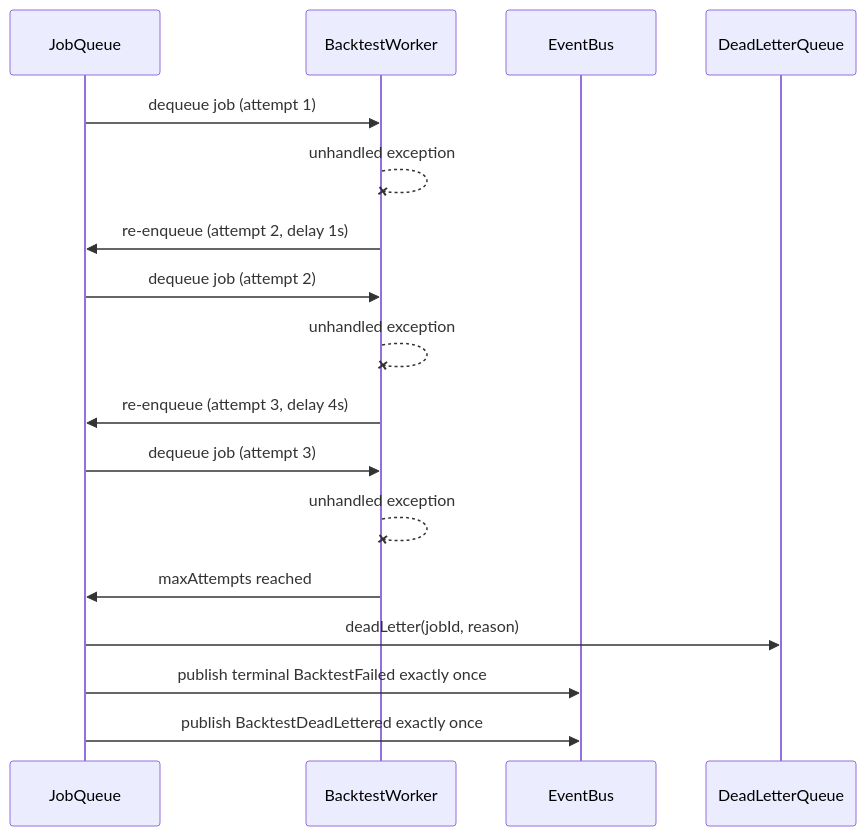
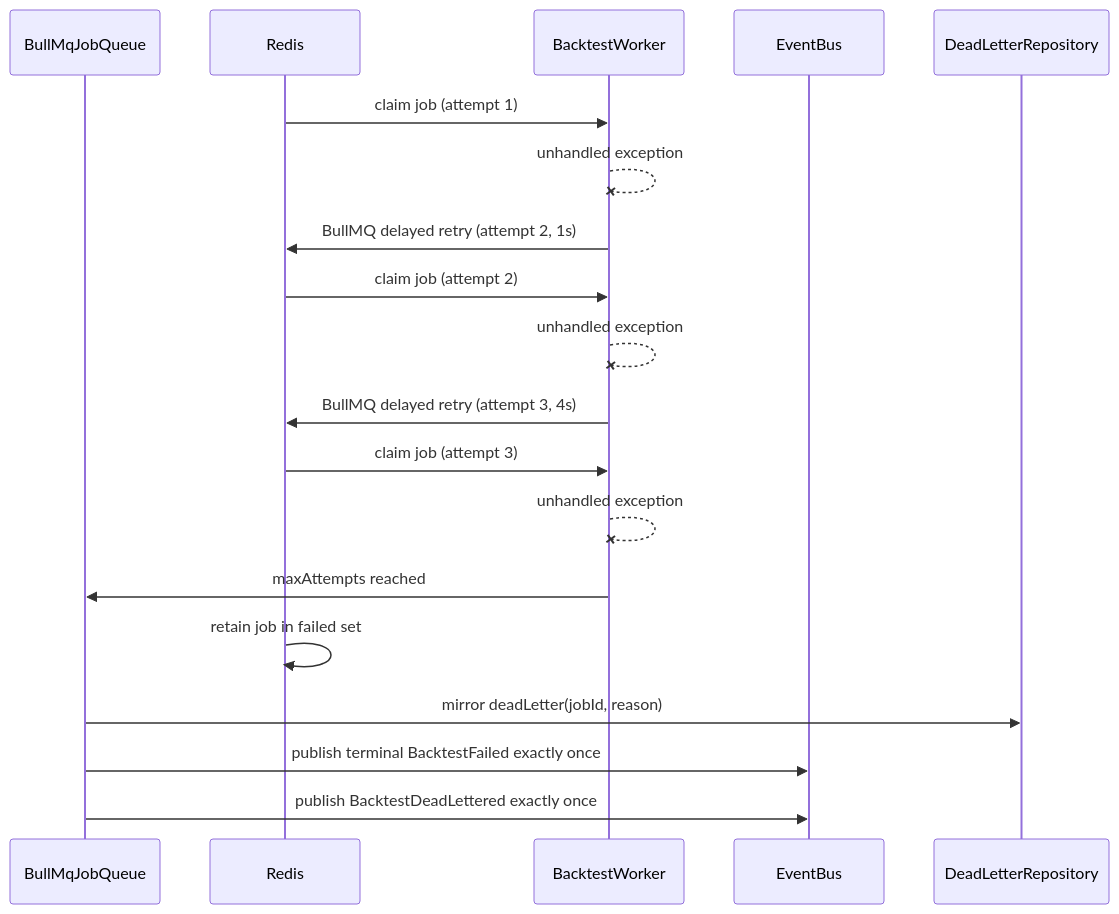
One commit to Hoang105205/Crypto-Strategy-Lab changed the third of 4 diagrams in kb/modules/event-infrastructure.md. Above: the diagram before and after it, drawn with Mermaid. The commit also changed other lines of this file and 33 other files, not shown here.

Commit message:
doc: update job queue using bullmq/redis

````diff
--- a/kb/modules/event-infrastructure.md
+++ b/kb/modules/event-infrastructure.md
@@ -204,20 +213,22 @@
 ```mermaid
 sequenceDiagram
-    participant JQ as JobQueue
+    participant JQ as BullMqJobQueue
+    participant R as Redis
     participant W as BacktestWorker
     participant EB as EventBus
-    participant DLQ as DeadLetterQueue
+    participant DLQ as DeadLetterRepository
 
-    JQ->>W: dequeue job (attempt 1)
+    R->>W: claim job (attempt 1)
     W--xW: unhandled exception
-    W->>JQ: re-enqueue (attempt 2, delay 1s)
-    JQ->>W: dequeue job (attempt 2)
+    W->>R: BullMQ delayed retry (attempt 2, 1s)
+    R->>W: claim job (attempt 2)
     W--xW: unhandled exception
-    W->>JQ: re-enqueue (attempt 3, delay 4s)
-    JQ->>W: dequeue job (attempt 3)
+    W->>R: BullMQ delayed retry (attempt 3, 4s)
+    R->>W: claim job (attempt 3)
     W--xW: unhandled exception
     W->>JQ: maxAttempts reached
-    JQ->>DLQ: deadLetter(jobId, reason)
+    R->>R: retain job in failed set
+    JQ->>DLQ: mirror deadLetter(jobId, reason)
     JQ->>EB: publish terminal BacktestFailed exactly once
     JQ->>EB: publish BacktestDeadLettered exactly once
 ```
````
